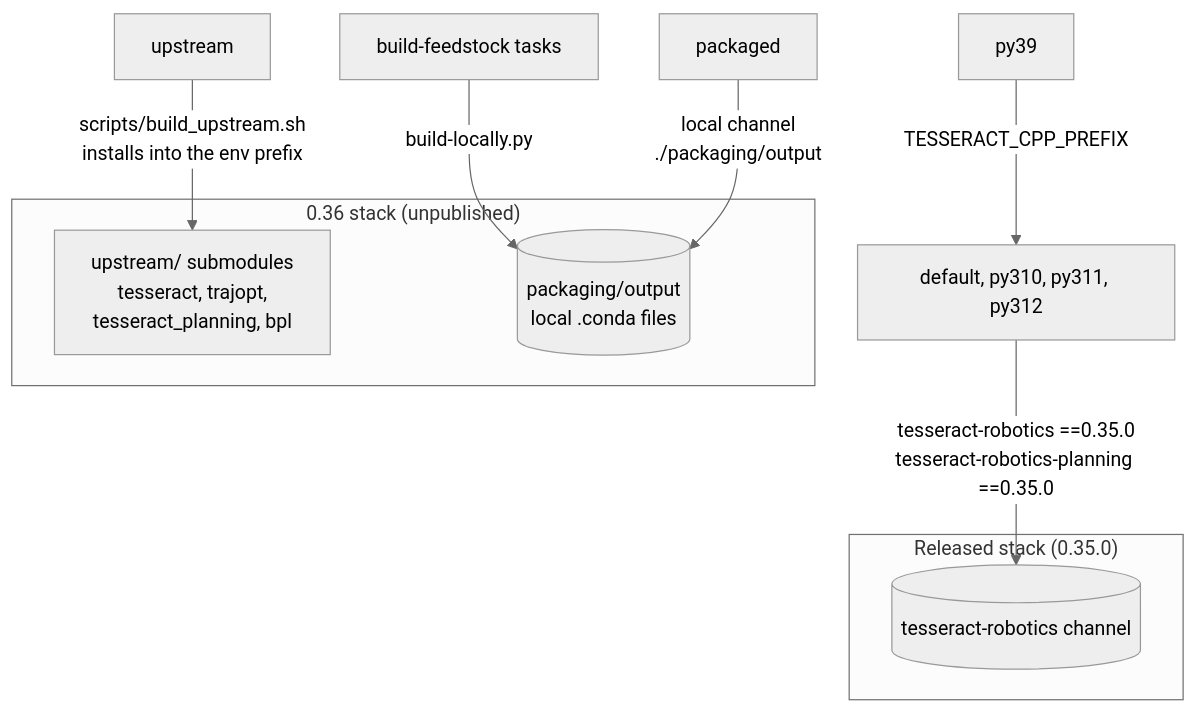
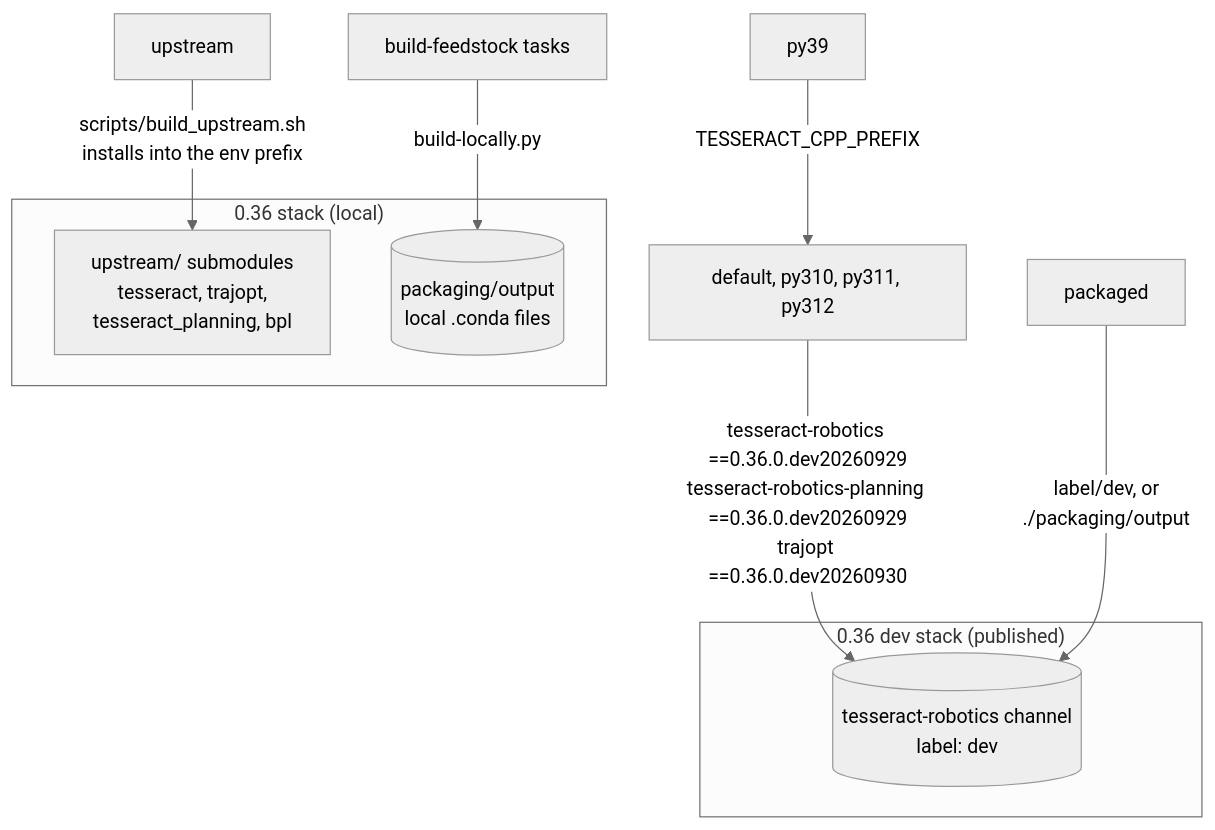
One commit to tesseract-robotics/tesseract_nanobind changed the second of 4 diagrams in docs/developer/binaries.md. Above: the diagram before and after it, drawn with Mermaid (neutral theme). The commit also changed other lines of this file and 5 other files, not shown here.

````diff
--- a/docs/developer/binaries.md
+++ b/docs/developer/binaries.md
@@ -101,15 +102,15 @@
 ```mermaid
 flowchart TB
-    subgraph released["Released stack (0.35.0)"]
-        CH[(tesseract-robotics channel)]
+    subgraph published["0.36 dev stack (published)"]
+        CH[(tesseract-robotics channel<br/>label: dev)]
     end
-    subgraph src["0.36 stack (unpublished)"]
+    subgraph src["0.36 stack (local)"]
         SM[upstream/ submodules<br/>tesseract, trajopt,<br/>tesseract_planning, bpl]
         OUT[(packaging/output<br/>local .conda files)]
     end
-    D[default, py310, py311, py312] -->|tesseract-robotics ==0.35.0<br/>tesseract-robotics-planning ==0.35.0| CH
+    D[default, py310, py311, py312] -->|tesseract-robotics ==0.36.0.dev20260929<br/>tesseract-robotics-planning ==0.36.0.dev20260929<br/>trajopt ==0.36.0.dev20260930| CH
     P39[py39] -->|TESSERACT_CPP_PREFIX| D
     U[upstream] -->|scripts/build_upstream.sh<br/>installs into the env prefix| SM
     FS[build-feedstock tasks] -->|build-locally.py| OUT
-    PK[packaged] -->|local channel<br/>./packaging/output| OUT
+    PK[packaged] -->|label/dev, or<br/>./packaging/output| CH
 ```
````
